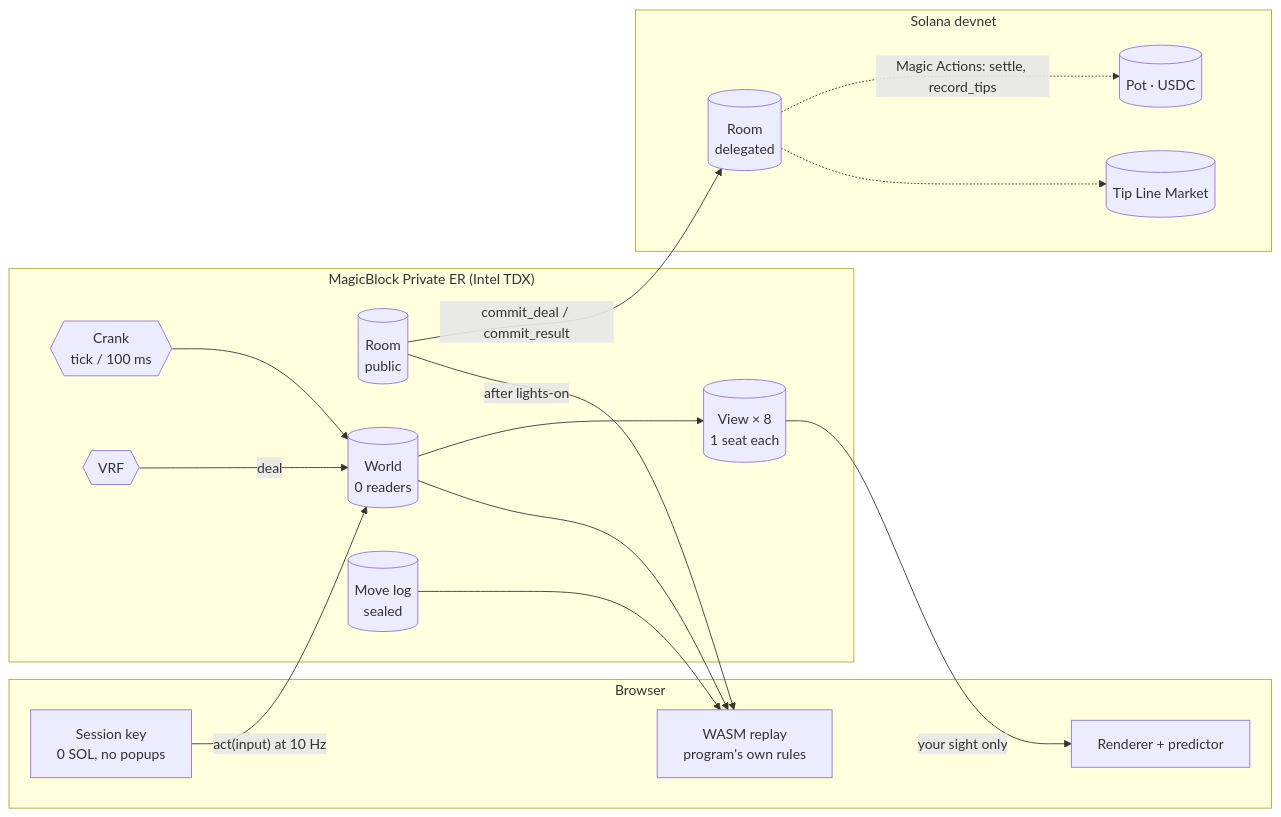
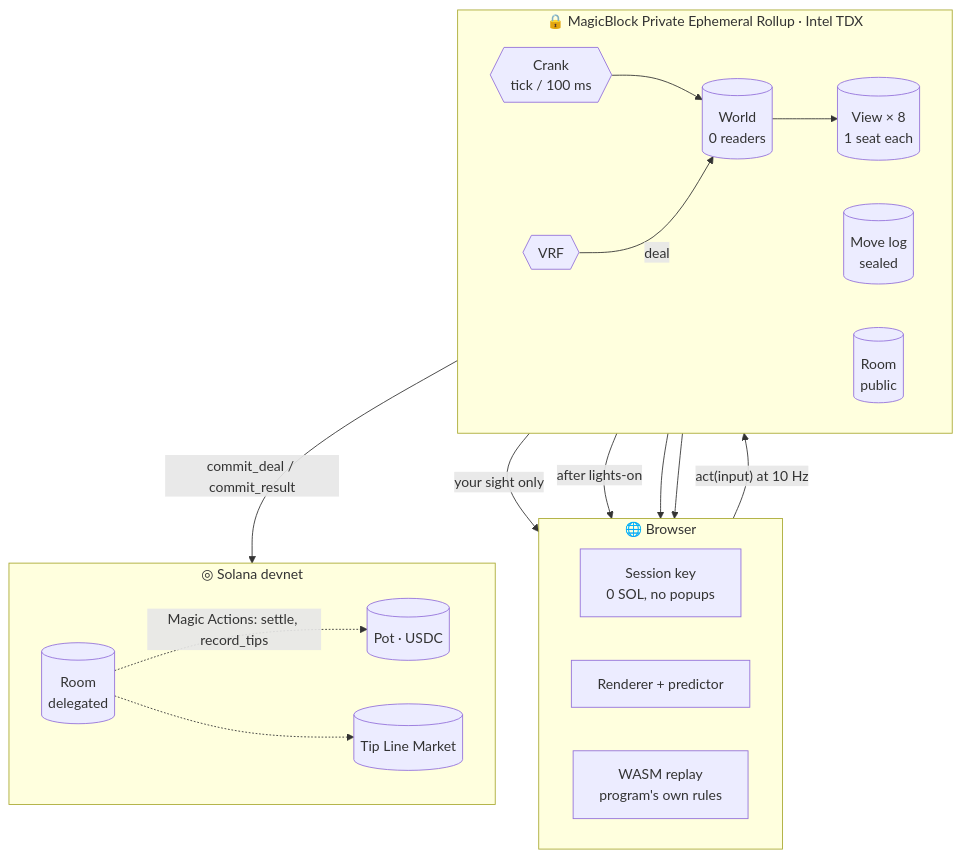
Before and after one commit to avishrakshe/Inside-Job: the diagram in README.md, drawn with Mermaid.

Commit message:
README: taller, more legible architecture diagram

````diff
--- a/README.md
+++ b/README.md
@@ -106,31 +106,34 @@
 ```mermaid
-flowchart LR
-  subgraph Browser
+flowchart TB
+  subgraph Browser["🌐 Browser"]
+    direction LR
     SK[Session key<br/>0 SOL, no popups]
     R[Renderer + predictor]
     WASM[WASM replay<br/>program's own rules]
   end
-  subgraph TEE["MagicBlock Private ER (Intel TDX)"]
-    Room[(Room<br/>public)]
+  subgraph TEE["🔒 MagicBlock Private Ephemeral Rollup · Intel TDX"]
+    direction LR
+    VRF{{VRF}}
+    Crank{{Crank<br/>tick / 100 ms}}
     World[(World<br/>0 readers)]
     View[(View × 8<br/>1 seat each)]
     Log[(Move log<br/>sealed)]
-    Crank{{Crank<br/>tick / 100 ms}}
-    VRF{{VRF}}
+    Room[(Room<br/>public)]
   end
-  subgraph Solana["Solana devnet"]
+  subgraph Solana["◎ Solana devnet"]
+    direction LR
     BRoom[(Room<br/>delegated)]
     Pot[(Pot · USDC)]
     Market[(Tip Line Market)]
   end
   SK -->|"act(input) at 10 Hz"| World
   Crank --> World --> View
   View -->|"your sight only"| R
   VRF -->|"deal"| World
   Room -->|"commit_deal / commit_result"| BRoom
   BRoom -.->|"Magic Actions: settle, record_tips"| Pot
   BRoom -.-> Market
   Room -->|"after lights-on"| WASM
   World --> WASM
   Log --> WASM
 ```
````
